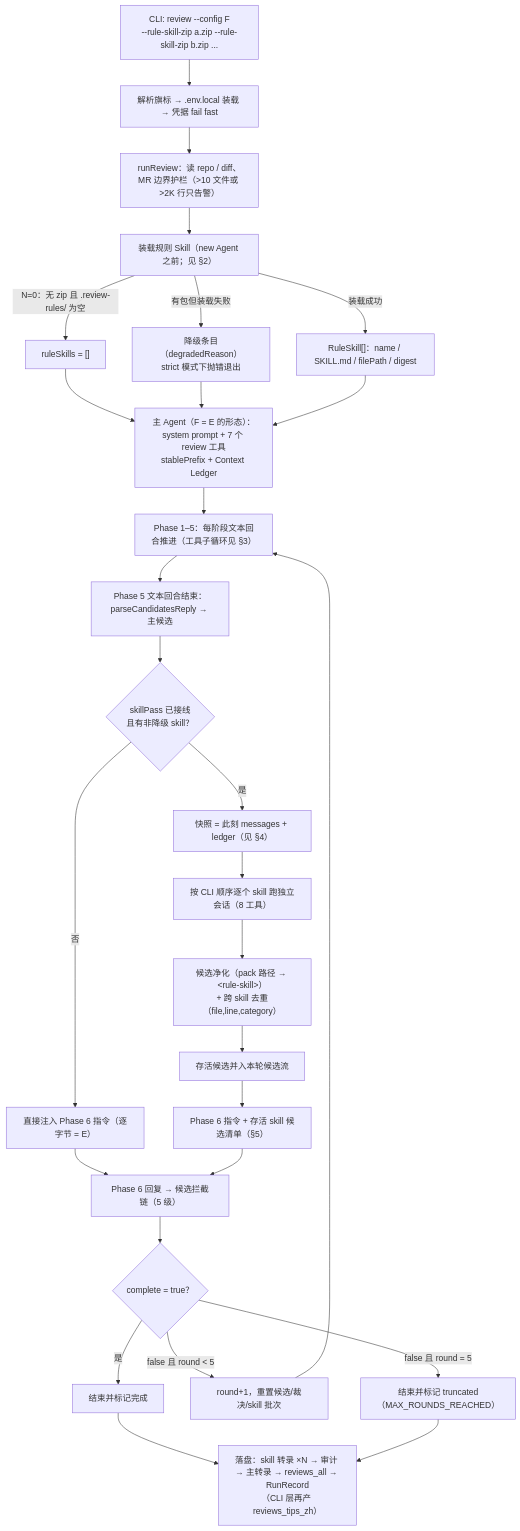
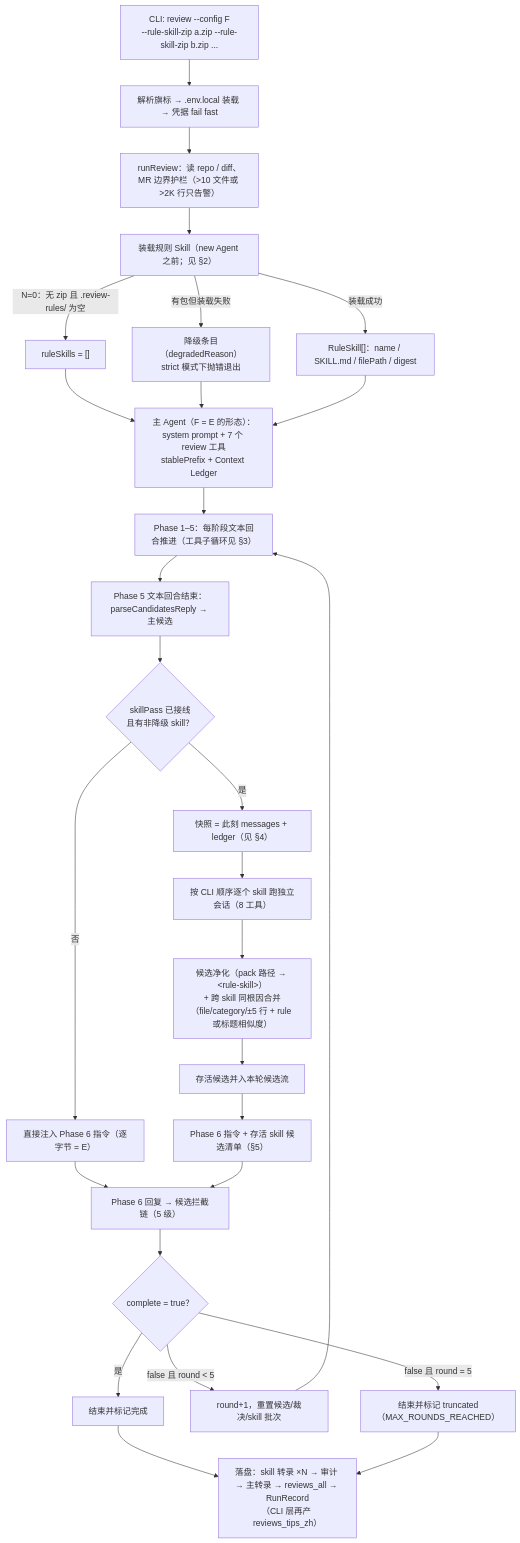
The first of 5 diagrams in docs/design/Config F 完整流程图（规则 Skill 独立检视会话）.md (ffanwei/ReviewAgent-pi), drawn with Mermaid before and after one commit. The commit also changed other lines of this file and 16 other files, not shown here.

````diff
--- a/docs/design/Config F 完整流程图（规则 Skill 独立检视会话）.md
+++ b/docs/design/Config F 完整流程图（规则 Skill 独立检视会话）.md
@@ -18,29 +18,29 @@
 ```mermaid
 flowchart TD
     A["CLI: review --config F<br/>--rule-skill-zip a.zip --rule-skill-zip b.zip ..."] --> B["解析旗标 → .env.local 装载 → 凭据 fail fast"]
     B --> C["runReview：读 repo / diff、MR 边界护栏（>10 文件或 >2K 行只告警）"]
     C --> D["装载规则 Skill（new Agent 之前；见 §2）"]
     D -->|"N=0：无 zip 且 .review-rules/ 为空"| E["ruleSkills = []"]
     D -->|"有包但装载失败"| F["降级条目（degradedReason）<br/>strict 模式下抛错退出"]
     D -->|"装载成功"| G["RuleSkill[]：name / SKILL.md / filePath / digest"]
     E --> H
     F --> H
     G --> H["主 Agent（F = E 的形态）：<br/>system prompt + 7 个 review 工具<br/>stablePrefix + Context Ledger"]
     H --> I["Phase 1–5：每阶段文本回合推进（工具子循环见 §3）"]
     I --> J["Phase 5 文本回合结束：<br/>parseCandidatesReply → 主候选"]
     J --> K{"skillPass 已接线<br/>且有非降级 skill？"}
     K -->|"否"| L["直接注入 Phase 6 指令（逐字节 = E）"]
     K -->|"是"| M["快照 = 此刻 messages + ledger（见 §4）"]
     M --> N["按 CLI 顺序逐个 skill 跑独立会话（8 工具）"]
-    N --> O["候选净化（pack 路径 → &lt;rule-skill&gt;）<br/>+ 跨 skill 去重（file,line,category）"]
+    N --> O["候选净化（pack 路径 → &lt;rule-skill&gt;）<br/>+ 跨 skill 同根因合并（file/category/±5 行 + rule 或标题相似度）"]
     O --> P["存活候选并入本轮候选流"]
     P --> Q["Phase 6 指令 + 存活 skill 候选清单（§5）"]
     L --> R
     Q --> R["Phase 6 回复 → 候选拦截链（5 级）"]
     R --> S{"complete = true？"}
     S -->|"是"| T["结束并标记完成"]
     S -->|"false 且 round < 5"| U["round+1，重置候选/裁决/skill 批次"] --> I
     S -->|"false 且 round = 5"| V["结束并标记 truncated（MAX_ROUNDS_REACHED）"]
     T --> W["落盘：skill 转录 ×N → 审计 → 主转录 → reviews_all → RunRecord<br/>（CLI 层再产 reviews_tips_zh）"]
     V --> W
 ```
````
